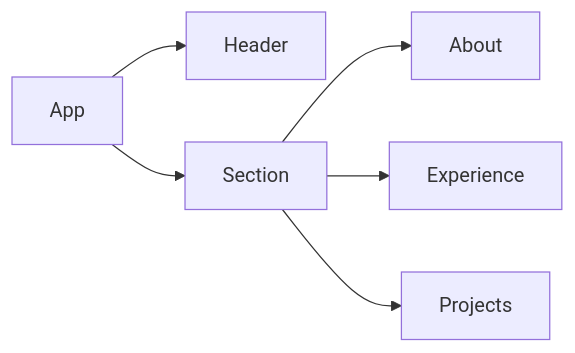
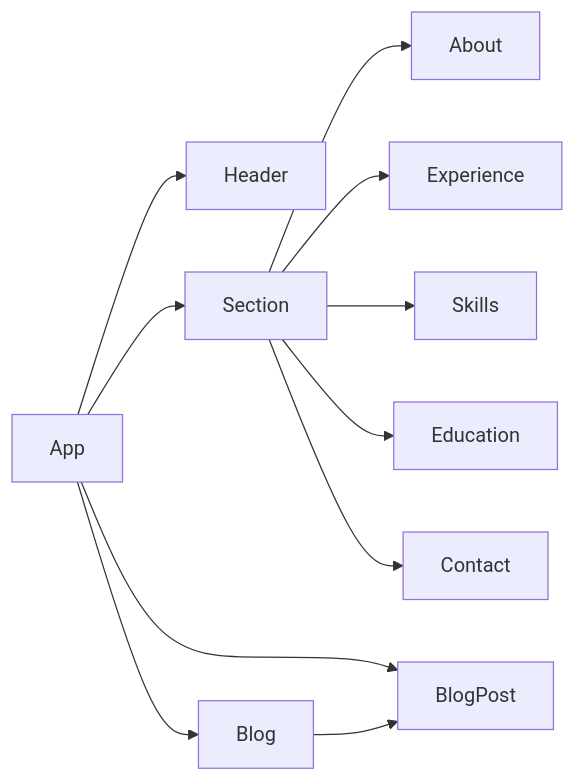
One commit to fainstar/my_resume-website changed the first of 3 diagrams in docs/TECHNICAL.md. Above: the diagram before and after it, drawn with Mermaid. The commit also changed other lines of this file and 11 other files, not shown here.

````diff
--- a/docs/TECHNICAL.md
+++ b/docs/TECHNICAL.md
@@ -20,8 +20,13 @@
 ```mermaid
 flowchart LR
     App --> Header
     App --> Section
+    App --> Blog
+    App --> BlogPost
     Section --> About
     Section --> Experience
-    Section --> Projects
+    Section --> Skills
+    Section --> Education
+    Section --> Contact
+    Blog --> BlogPost
 ```
````
